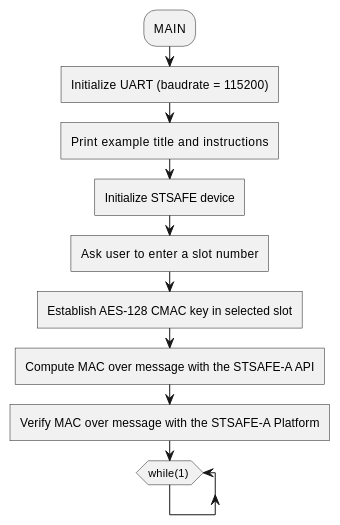
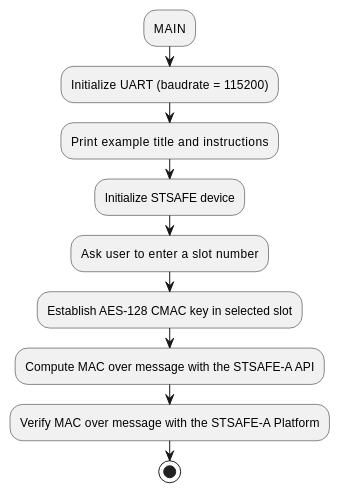
One commit to Grom-perso/STSAFE-A120_examples_dev changed the diagram in Documentation/resources/Markdown/03_Project_examples_description/Symmetric_key_establishment_AES-128_CMAC/STSAFE-A120_Symmetric_key_establishment_AES-128_CMAC.md. Above: the diagram before and after it, drawn with PlantUML. The commit also changed 23 other files, not shown here.

```diff
--- a/Documentation/resources/Markdown/03_Project_examples_description/Symmetric_key_establishment_AES-128_CMAC/STSAFE-A120_Symmetric_key_establishment_AES-128_CMAC.md
+++ b/Documentation/resources/Markdown/03_Project_examples_description/Symmetric_key_establishment_AES-128_CMAC/STSAFE-A120_Symmetric_key_establishment_AES-128_CMAC.md
@@ -8,15 +8,12 @@
 @startuml "STSAFE-A120_Symmetric_key_establishment_AES-128_CMAC Example flowchart" width=5cm
 	:MAIN;
-	:Initialize UART (baudrate = 115200)]
-	:Print example title and instructions]
-	:Initialize STSAFE device]
-    :Ask user to enter a slot number]
-	:Establish AES-128 CMAC key in selected slot]
-	:Compute MAC over message with the STSAFE-A API]
-	:Verify MAC over message with the STSAFE-A Platform]
+	:Initialize UART (baudrate = 115200);
+	:Print example title and instructions;
+	:Initialize STSAFE device;
+    :Ask user to enter a slot number;
+	:Establish AES-128 CMAC key in selected slot;
+	:Compute MAC over message with the STSAFE-A API;
+	:Verify MAC over message with the STSAFE-A Platform;
 
-	while (while(1) )
-	end while
-	-[hidden]->
-    detach
+	stop
 @enduml
```
